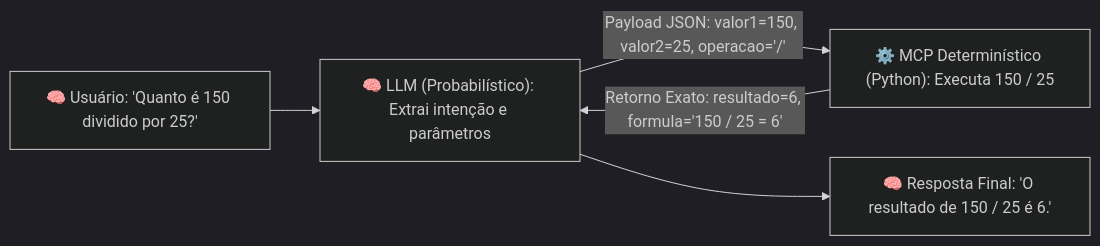
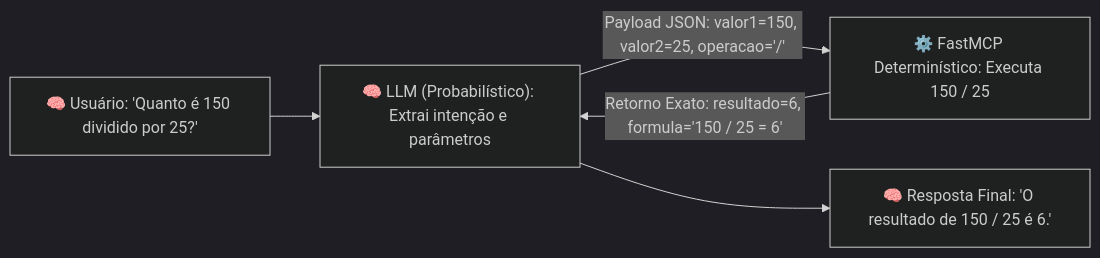
Before and after one commit to Eduardo-Rezende-MDK/mcp-server-enterprise-blueprint: the first of 4 diagrams in README.md, drawn with Mermaid (dark theme). The commit also changed other lines of this file and 8 other files, not shown here.

````diff
--- a/README.md
+++ b/README.md
@@ -18,7 +18,7 @@
 ```mermaid
 flowchart LR
     A["🧠 Usuário: 'Quanto é 150 dividido por 25?'"] --> B["🧠 LLM (Probabilístico): Extrai intenção e parâmetros"]
-    B -->|"Payload JSON: valor1=150, valor2=25, operacao='/'"| C["⚙️ MCP Determinístico (Python): Executa 150 / 25"]
+    B -->|"Payload JSON: valor1=150, valor2=25, operacao='/'"| C["⚙️ FastMCP Determinístico: Executa 150 / 25"]
     C -->|"Retorno Exato: resultado=6, formula='150 / 25 = 6'"| B
     B --> D["🧠 Resposta Final: 'O resultado de 150 / 25 é 6.'"]
 ```
````
